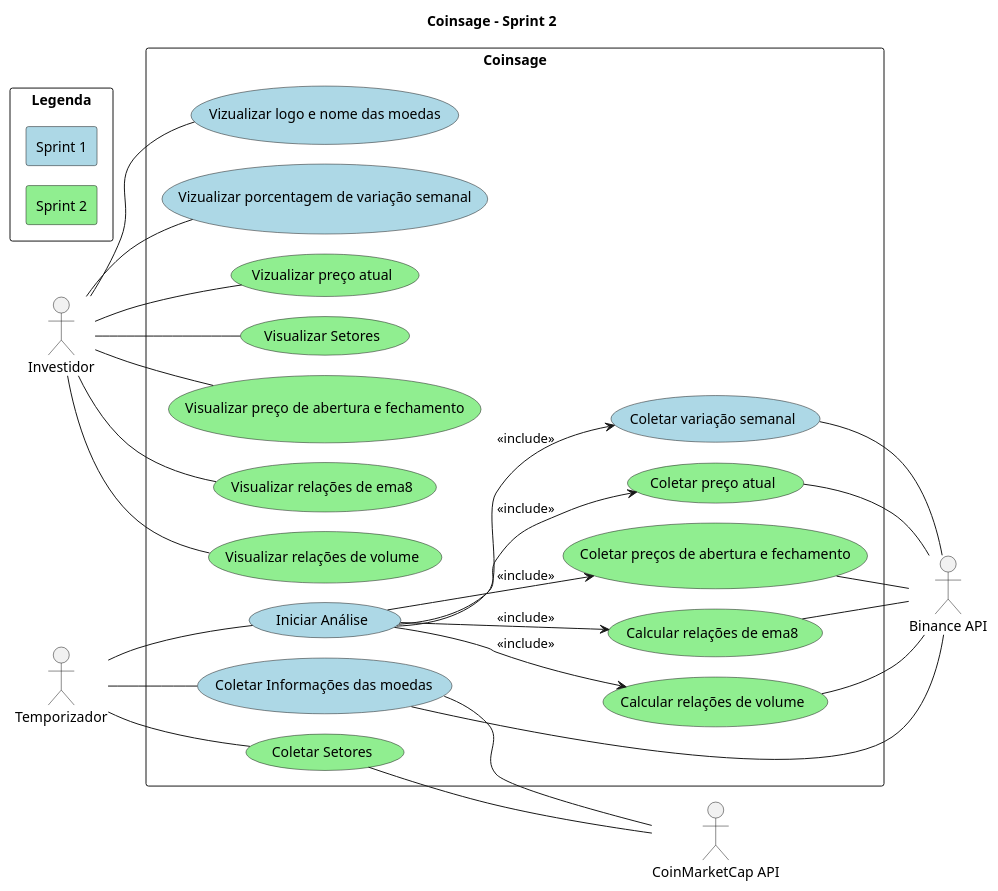
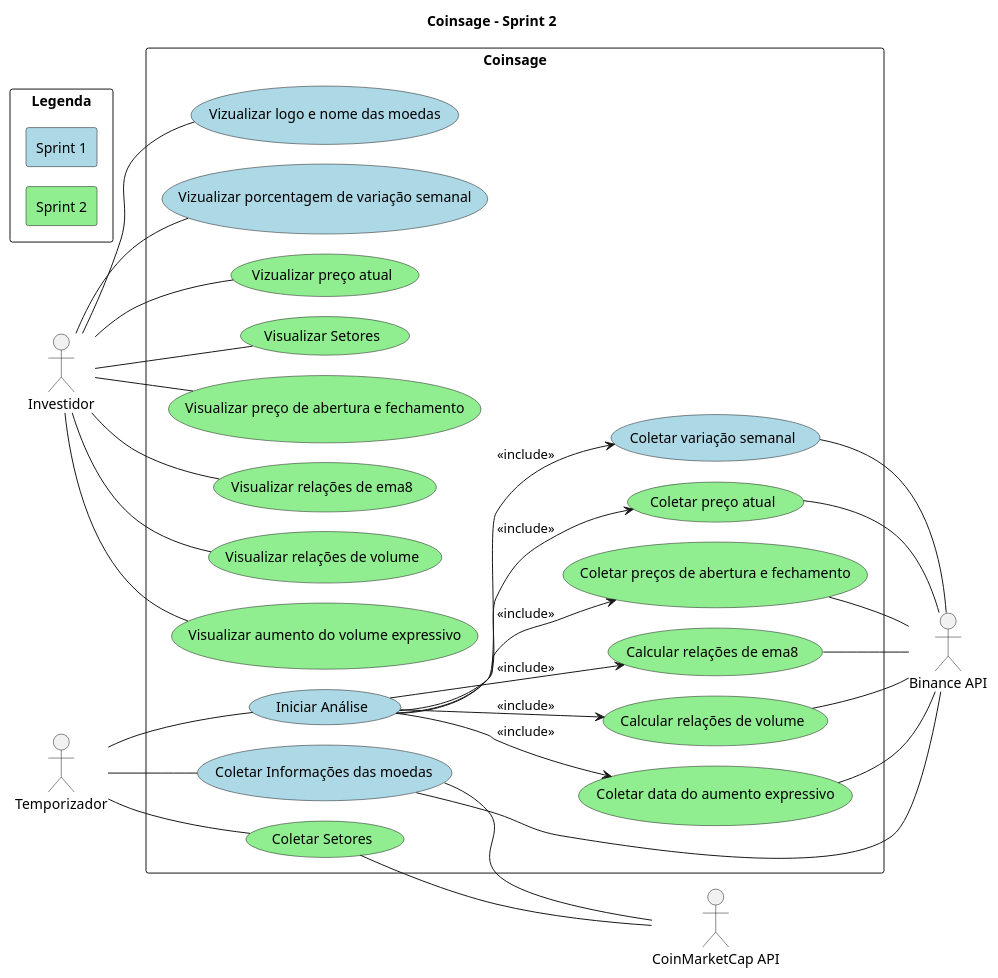
One commit to ICEI-PUC-Minas-PPLES-TI/plf-es-2024-1-ti3-8981100-coinsage changed the diagram in Artefatos/diagramas/casos_de_uso/use_cases.plantuml. Above: the diagram before and after it, drawn with PlantUML. The commit also changed 2 other files, not shown here.

Commit message:
add: use-case diagram with Freds tasks

```diff
--- a/Artefatos/diagramas/casos_de_uso/use_cases.plantuml
+++ b/Artefatos/diagramas/casos_de_uso/use_cases.plantuml
@@ -1,77 +1,82 @@
 @startuml
 title Coinsage - Sprint 2
 
 left to right direction
 actor "Investidor" as investor
 actor "Temporizador" as schedule
 actor "Binance API" as binance
 actor "CoinMarketCap API" as cmc
 
 rectangle "Legenda"{
     skinparam minClassWidth 10
     skinparam nodesep 1
     skinparam ranksep 1
 
     rectangle "Sprint 1" #LightBlue
     rectangle "Sprint 2" #LightGreen
     ' rectangle "Sprint 3" #LightCoral
     ' rectangle "Sprint 4" #LightYellow
 }
 
 rectangle "Coinsage"{
     skinparam nodesep 20
 
     ' Schedules use cases
     usecase "Iniciar Análise" as sch_analysis #LightBlue
     usecase "Coletar Informações das moedas" as sch_cripto_info #LightBlue
     usecase "Coletar variação semanal" as collect_cripto_week_incresse #LightBlue
     usecase "Coletar preço atual" as collect_cripto_current_price #LightGreen /' Should be sprint 1 but not ended '/
 
     usecase "Coletar Setores" as sch_sectors #LightGreen
     usecase "Coletar preços de abertura e fechamento" as collect_cripto_open_close #LightGreen
     usecase "Calcular relações de ema8" as collect_ema8_relations #LightGreen
     usecase "Calcular relações de volume" as collect_volume_relations #LightGreen
+    usecase "Coletar data do aumento expressivo" as collect_expressive_volume_date #LightGreen
 
     ' Report use cases
     usecase "Vizualizar logo e nome das moedas" as view_cripto_info #LightBlue
     usecase "Vizualizar porcentagem de variação semanal" as view_cripto_week_incresse #LightBlue
     usecase "Vizualizar preço atual" as view_cripto_current_price #LightGreen /' Should be sprint 1 but not ended '/
 
     usecase "Visualizar Setores" as view_sectors #LightGreen
     usecase "Visualizar preço de abertura e fechamento" as view_cripto_open_close #LightGreen
     usecase "Visualizar relações de ema8" as view_ema8_relations #LightGreen
     usecase "Visualizar relações de volume" as view_volume_relations #LightGreen
+    usecase "Visualizar aumento do volume expressivo" as view_expressive_volume_increase #LightGreen
 }
 
 ' Schedules use cases
 schedule -- sch_analysis
 schedule -- sch_sectors
 schedule -- sch_cripto_info
 
 ' APIS use cases
 sch_sectors -- cmc
 sch_cripto_info -- binance
 sch_cripto_info -- cmc
 collect_cripto_week_incresse -- binance
 collect_cripto_current_price -- binance
 collect_cripto_open_close -- binance
 collect_ema8_relations -- binance
 collect_volume_relations -- binance
+collect_expressive_volume_date -- binance
 
 ' Investor use cases
 investor -- view_sectors
 investor -- view_cripto_info
 investor -- view_cripto_week_incresse
 investor -- view_cripto_current_price
 investor -- view_cripto_open_close
 investor -- view_ema8_relations
 investor -- view_volume_relations
+investor -- view_expressive_volume_increase
 
 ' Use cases relations
 sch_analysis --> collect_cripto_week_incresse  : <<include>>
 sch_analysis --> collect_cripto_current_price  : <<include>>
 sch_analysis --> collect_cripto_open_close  : <<include>>
 sch_analysis --> collect_ema8_relations  : <<include>>
 sch_analysis --> collect_volume_relations  : <<include>>
+sch_analysis --> collect_expressive_volume_date : <<include>>
 
 @enduml
```
